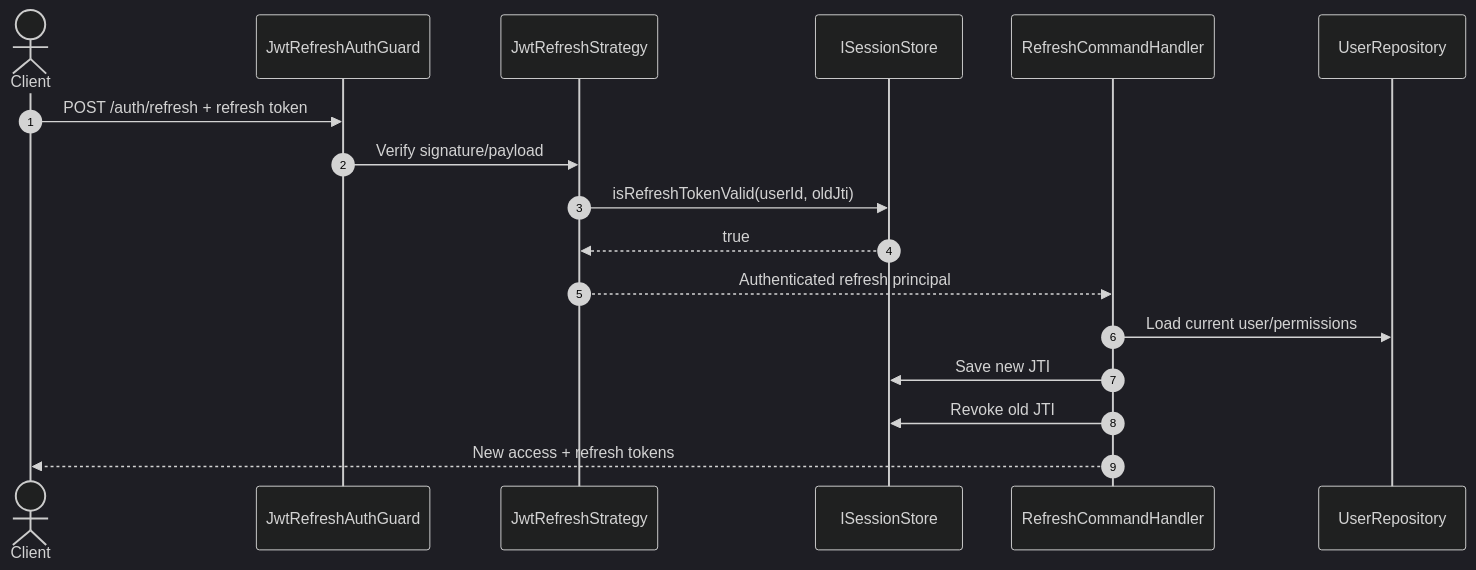
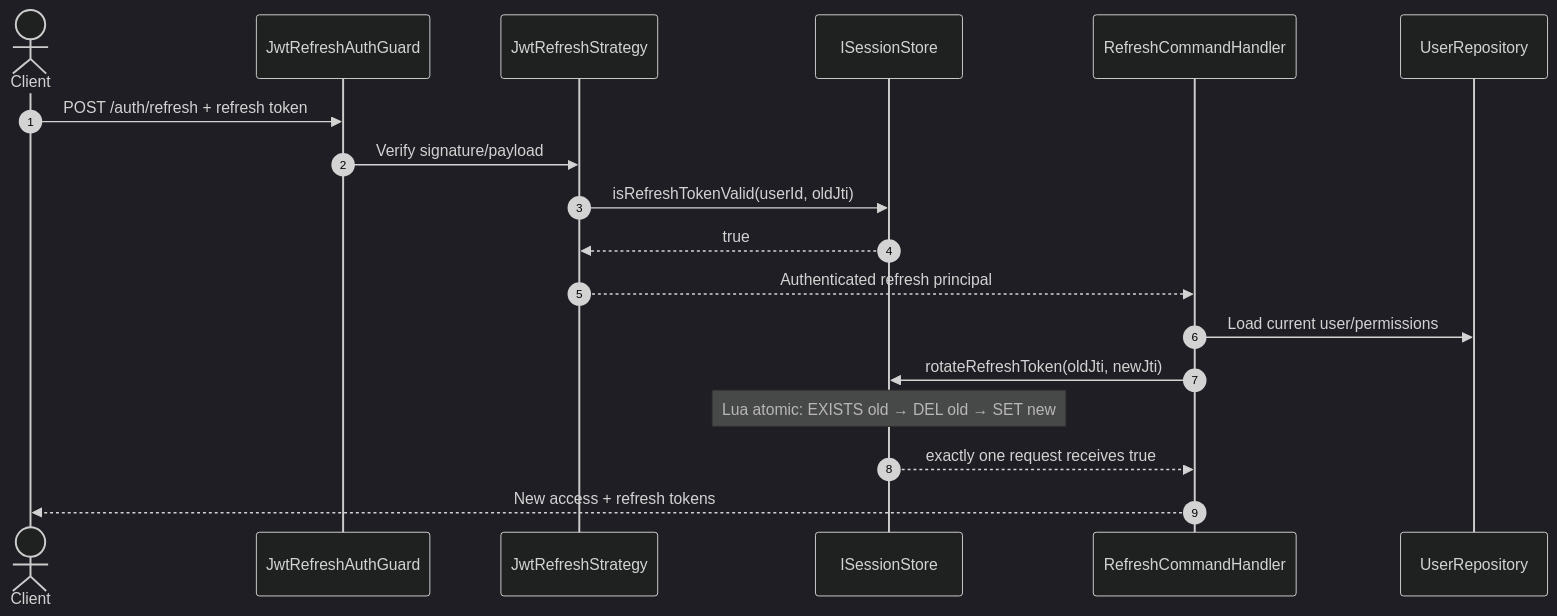
The second of 2 diagrams in apps/server/src/contexts/iam/auth/README.md (8eyond-Infinite/turborepo-advanced-starter), drawn with Mermaid (dark theme) before and after one commit. The commit also changed other lines of this file and 18 other files, not shown here.

Commit message:
fix(auth): harden session rotation and BFF flow

````diff
--- a/apps/server/src/contexts/iam/auth/README.md
+++ b/apps/server/src/contexts/iam/auth/README.md
@@ -109,20 +109,21 @@
 ```mermaid
 sequenceDiagram
     autonumber
     actor Client
     participant Guard as JwtRefreshAuthGuard
     participant Strategy as JwtRefreshStrategy
     participant Store as ISessionStore
     participant Handler as RefreshCommandHandler
     participant Users as UserRepository
 
     Client->>Guard: POST /auth/refresh + refresh token
     Guard->>Strategy: Verify signature/payload
     Strategy->>Store: isRefreshTokenValid(userId, oldJti)
     Store-->>Strategy: true
     Strategy-->>Handler: Authenticated refresh principal
     Handler->>Users: Load current user/permissions
-    Handler->>Store: Save new JTI
-    Handler->>Store: Revoke old JTI
+    Handler->>Store: rotateRefreshToken(oldJti, newJti)
+    Note over Store: Lua atomic: EXISTS old → DEL old → SET new
+    Store-->>Handler: exactly one request receives true
     Handler-->>Client: New access + refresh tokens
 ```
````
